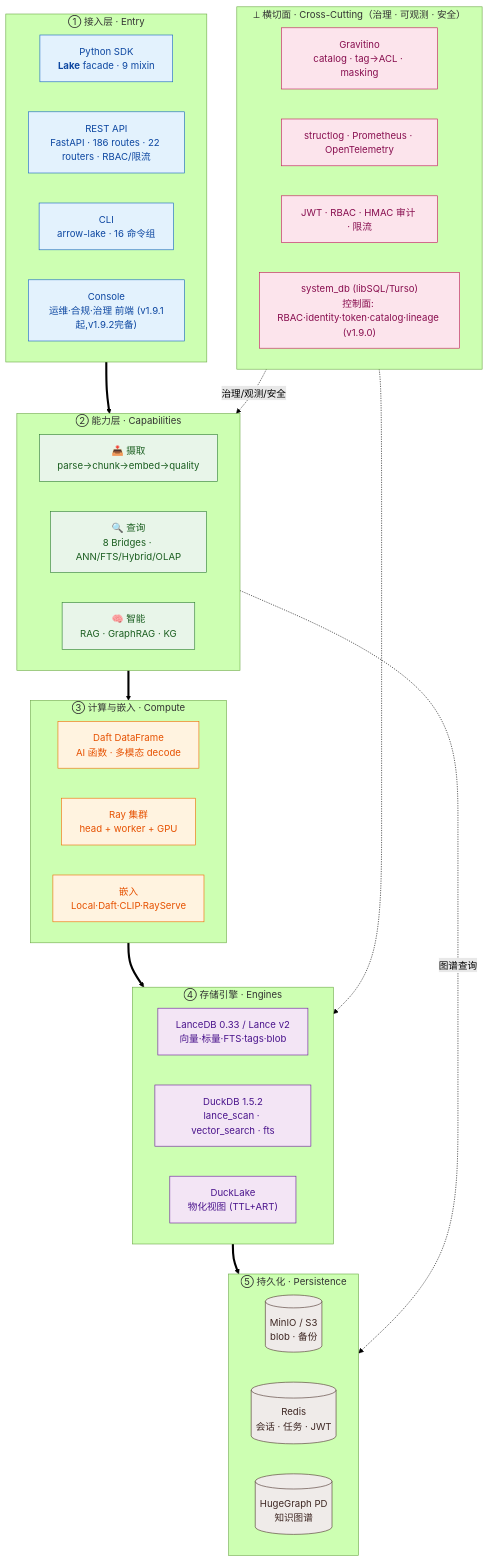
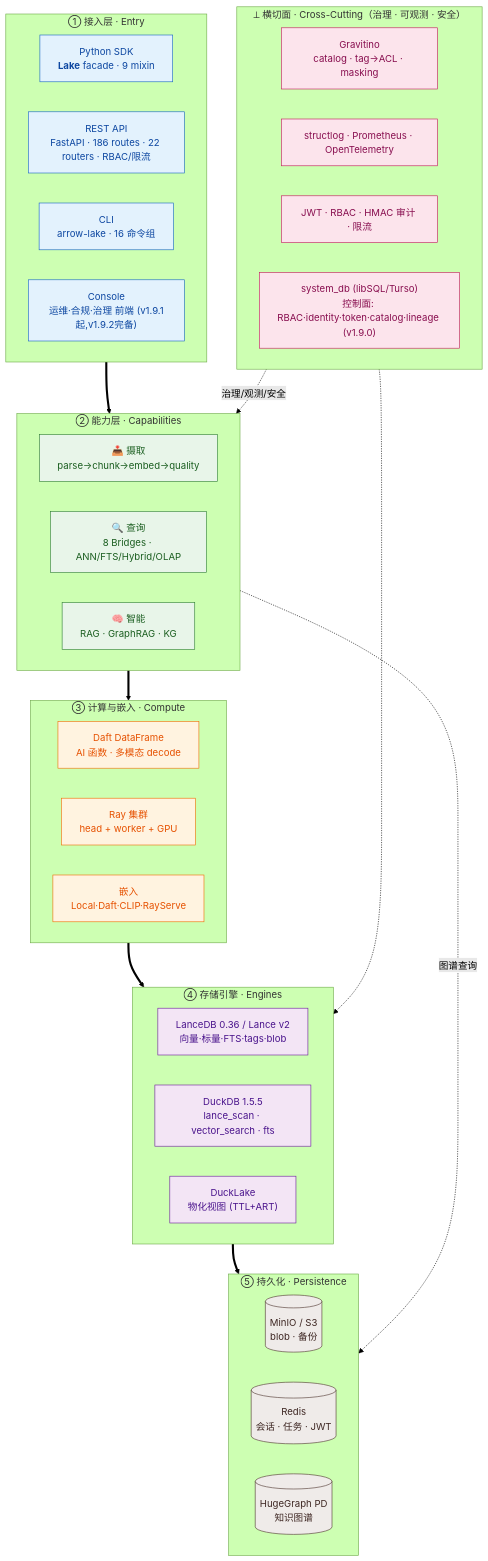
One commit to witsmaotech/arrow-lake changed the first of 4 diagrams in docs/ARCHITECTURE.md. Above: the diagram before and after it, drawn with Mermaid (forest theme). The commit also changed other lines of this file and 2 other files, not shown here.

Commit message:
docs: 补齐技术栈版本漂移对齐 pyproject
- 产品介绍 EN/ZH 技术栈表:Daft 0.7.21 / DuckDB 1.5.5 / LanceDB 0.36.0 / Ray 2.56.0 / Metaflow 2.19.35
- ARCHITECTURE §2 mermaid 标签 LanceDB 0.36 / DuckDB 1.5.5
- ARCHITECTURE §4.3 存储层图 + §4.4 #10 轻图查询 prose:DuckDB 1.5.2→1.5.5(当前态)
- §14 历史版本行(v1.5.2 基线 / v1.7.1 行)保留不动

````diff
--- a/docs/ARCHITECTURE.md
+++ b/docs/ARCHITECTURE.md
@@ -80,56 +80,56 @@
 ```mermaid
 flowchart TD
     classDef l1 fill:#e3f2fd,stroke:#1565c0,color:#0d47a1
     classDef l2 fill:#e8f5e9,stroke:#2e7d32,color:#1b5e20
     classDef l3 fill:#fff3e0,stroke:#ef6c00,color:#e65100
     classDef l4 fill:#f3e5f5,stroke:#6a1b9a,color:#4a148c
     classDef l5 fill:#efebe9,stroke:#4e342e,color:#3e2723
     classDef cc fill:#fce4ec,stroke:#c2185b,color:#880e4f
 
     subgraph L1["① 接入层 · Entry"]
       direction LR
       SDK["Python SDK<br/><b>Lake</b> facade · 9 mixin"]:::l1
       REST["REST API<br/>FastAPI · 186 routes · 22 routers · RBAC/限流"]:::l1
       CLI["CLI<br/>arrow-lake · 16 命令组"]:::l1
       CONSOLE["Console<br/>运维·合规·治理 前端 (v1.9.1起,v1.9.2完备)"]:::l1
     end
     subgraph L2["② 能力层 · Capabilities"]
       direction LR
       INGEST["📥 摄取<br/>parse→chunk→embed→quality"]:::l2
       QUERY["🔍 查询<br/>8 Bridges · ANN/FTS/Hybrid/OLAP"]:::l2
       INTEL["🧠 智能<br/>RAG · GraphRAG · KG"]:::l2
     end
     subgraph L3["③ 计算与嵌入 · Compute"]
       direction LR
       DAFT["Daft DataFrame<br/>AI 函数 · 多模态 decode"]:::l3
       RAY["Ray 集群<br/>head + worker + GPU"]:::l3
       EMB["嵌入<br/>Local·Daft·CLIP·RayServe"]:::l3
     end
     subgraph L4["④ 存储引擎 · Engines"]
       direction LR
-      LANCE["LanceDB 0.33 / Lance v2<br/>向量·标量·FTS·tags·blob"]:::l4
-      DUCK["DuckDB 1.5.2<br/>lance_scan · vector_search · fts"]:::l4
+      LANCE["LanceDB 0.36 / Lance v2<br/>向量·标量·FTS·tags·blob"]:::l4
+      DUCK["DuckDB 1.5.5<br/>lance_scan · vector_search · fts"]:::l4
       DLAKE["DuckLake<br/>物化视图 (TTL+ART)"]:::l4
     end
     subgraph L5["⑤ 持久化 · Persistence"]
       direction LR
       MINIO[("MinIO / S3<br/>blob · 备份")]:::l5
       REDIS[("Redis<br/>会话 · 任务 · JWT")]:::l5
       HG[("HugeGraph PD<br/>知识图谱")]:::l5
     end
     subgraph CC["⟂ 横切面 · Cross-Cutting（治理 · 可观测 · 安全）"]
       direction LR
       GRAV["Gravitino<br/>catalog · tag→ACL · masking"]:::cc
       OBS["structlog · Prometheus · OpenTelemetry"]:::cc
       SEC["JWT · RBAC · HMAC 审计 · 限流"]:::cc
       SYSDB["system_db (libSQL/Turso)<br/>控制面: RBAC·identity·token·catalog·lineage (v1.9.0)"]:::cc
     end
 
     %% 严格自上而下穿越（粗箭头 = 主调用链 / 分层骨架）
     L1 ==> L2 ==> L3 ==> L4 ==> L5
     %% 横切面贯穿能力层与引擎层（虚线 = 非主链）
     CC -. 治理/观测/安全 .-> L2
     CC -.-> L4
     %% 知识图谱旁路：能力层直达持久化
     INTEL -. 图谱查询 .-> HG
 ```
````
